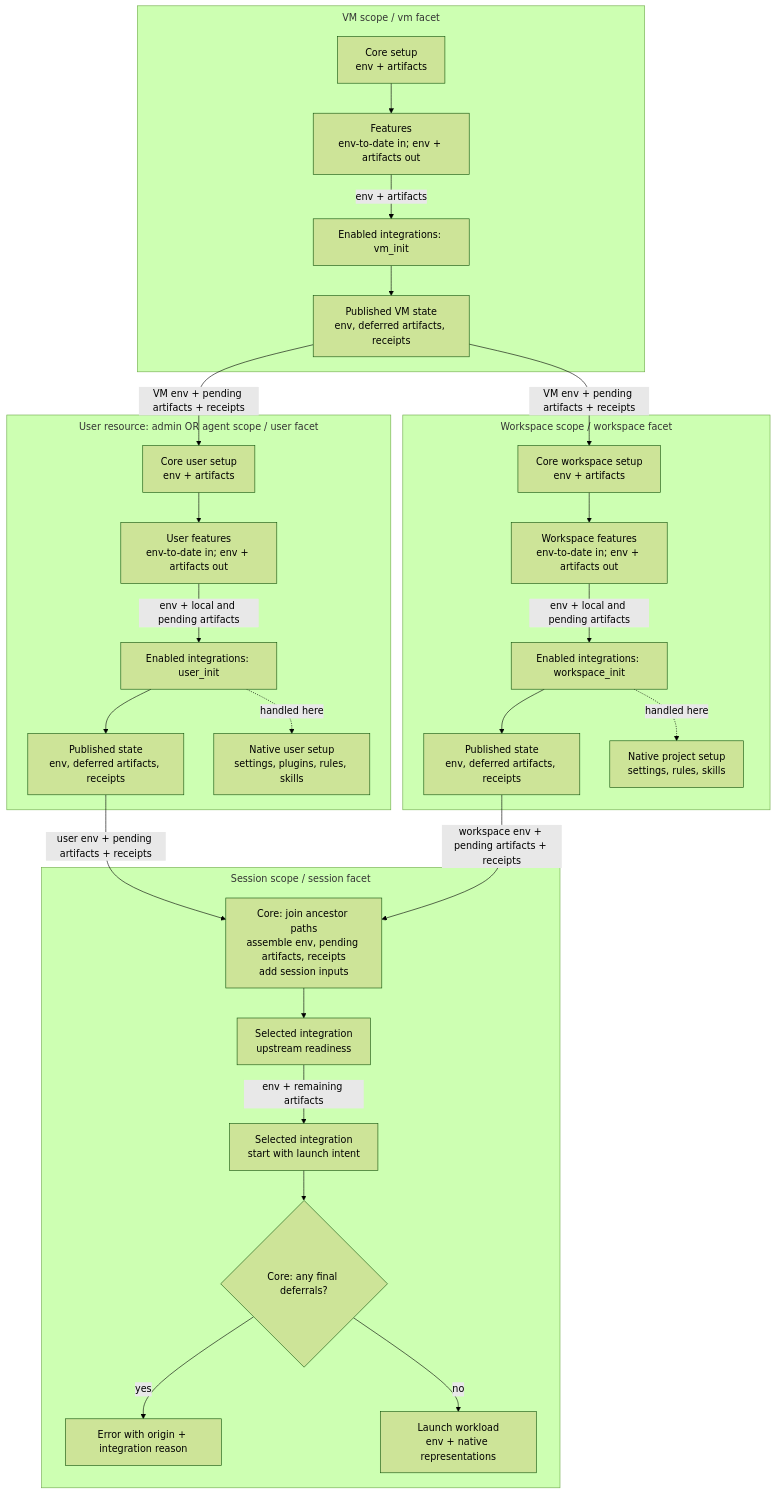
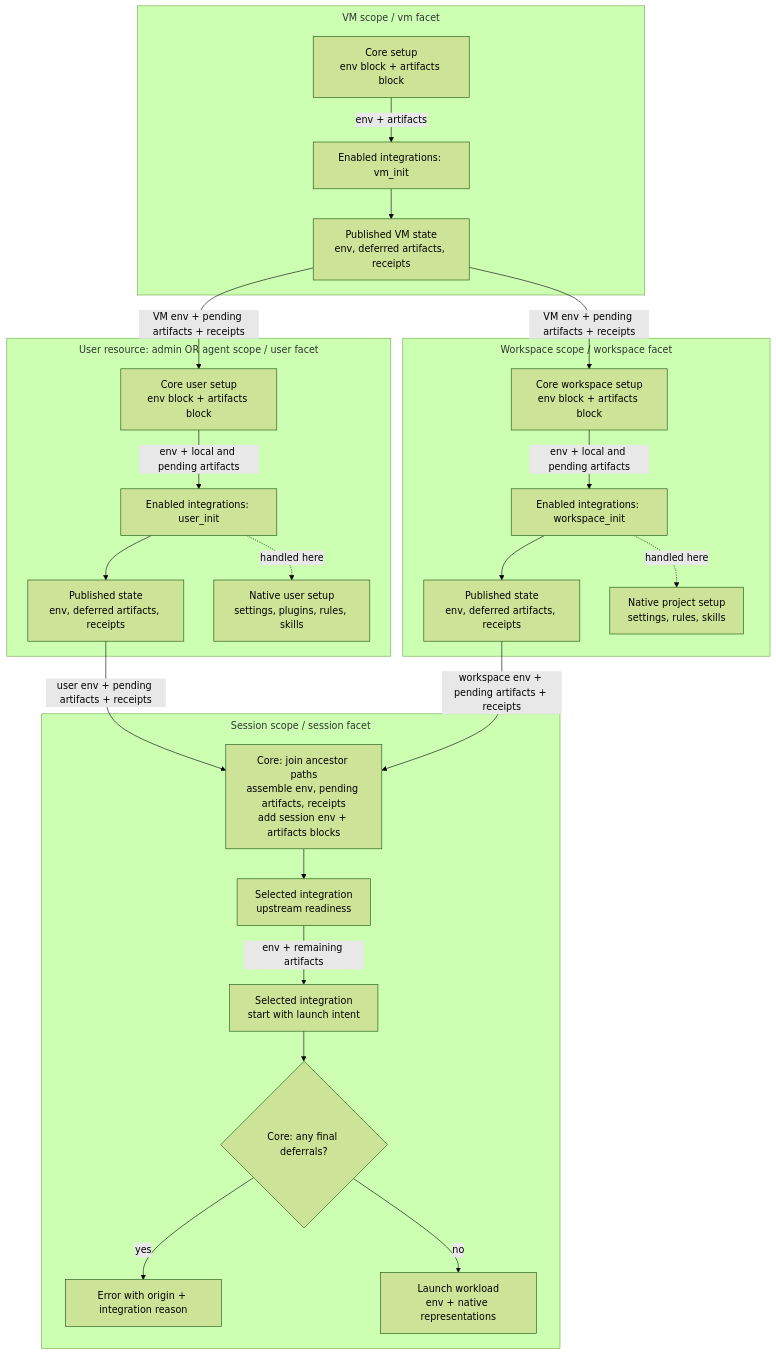
The diagram in docs/sdd/2026-09-06-harness-scope-framework/hla.md (WayfarerLabs/agentworks), drawn with Mermaid (forest theme) before and after one commit. The commit also changed other lines of this file and 1 other file, not shown here.

First line of the commit message:
docs(sdd): source core artifacts from explicit declarations

````diff
--- a/docs/sdd/2026-09-06-harness-scope-framework/hla.md
+++ b/docs/sdd/2026-09-06-harness-scope-framework/hla.md
@@ -27,39 +27,36 @@
 ```mermaid
 ---
 config:
   flowchart:
     subGraphTitleMargin:
       top: 8
       bottom: 18
 ---
 flowchart TB
     subgraph VM["VM scope / vm facet"]
-        VC["Core setup<br/>env + artifacts"] --> VF["Features<br/>env-to-date in; env + artifacts out"]
-        VF -->|"env + artifacts"| VH["Enabled integrations: vm_init"]
+        VC["Core setup<br/>env block + artifacts block"] -->|"env + artifacts"| VH["Enabled integrations: vm_init"]
         VH --> VS["Published VM state<br/>env, deferred artifacts, receipts"]
     end
     subgraph User["User resource: admin OR agent scope / user facet"]
-        UC["Core user setup<br/>env + artifacts"] --> UF["User features<br/>env-to-date in; env + artifacts out"]
-        UF -->|"env + local and pending artifacts"| UH["Enabled integrations: user_init"]
+        UC["Core user setup<br/>env block + artifacts block"] -->|"env + local and pending artifacts"| UH["Enabled integrations: user_init"]
         UH --> US["Published state<br/>env, deferred artifacts, receipts"]
         UH -.->|"handled here"| UN["Native user setup<br/>settings, plugins, rules, skills"]
     end
     subgraph Workspace["Workspace scope / workspace facet"]
-        WC["Core workspace setup<br/>env + artifacts"] --> WF["Workspace features<br/>env-to-date in; env + artifacts out"]
-        WF -->|"env + local and pending artifacts"| WH["Enabled integrations: workspace_init"]
+        WC["Core workspace setup<br/>env block + artifacts block"] -->|"env + local and pending artifacts"| WH["Enabled integrations: workspace_init"]
         WH --> WS["Published state<br/>env, deferred artifacts, receipts"]
         WH -.->|"handled here"| WN["Native project setup<br/>settings, rules, skills"]
     end
     VS -->|"VM env + pending artifacts + receipts"| UC
     VS -->|"VM env + pending artifacts + receipts"| WC
     subgraph Session["Session scope / session facet"]
-        SC["Core: join ancestor paths<br/>assemble env, pending artifacts, receipts<br/>add session inputs"]
+        SC["Core: join ancestor paths<br/>assemble env, pending artifacts, receipts<br/>add session env + artifacts blocks"]
         SC --> Ready["Selected integration<br/>upstream readiness"]
         Ready -->|"env + remaining artifacts"| SH["Selected integration<br/>start with launch intent"]
         SH --> Final{"Core: any final deferrals?"}
         Final -->|"yes"| Error["Error with origin + integration reason"]
         Final -->|"no"| Launch["Launch workload<br/>env + native representations"]
     end
     US -->|"user env + pending artifacts + receipts"| SC
     WS -->|"workspace env + pending artifacts + receipts"| SC
 ```
````
